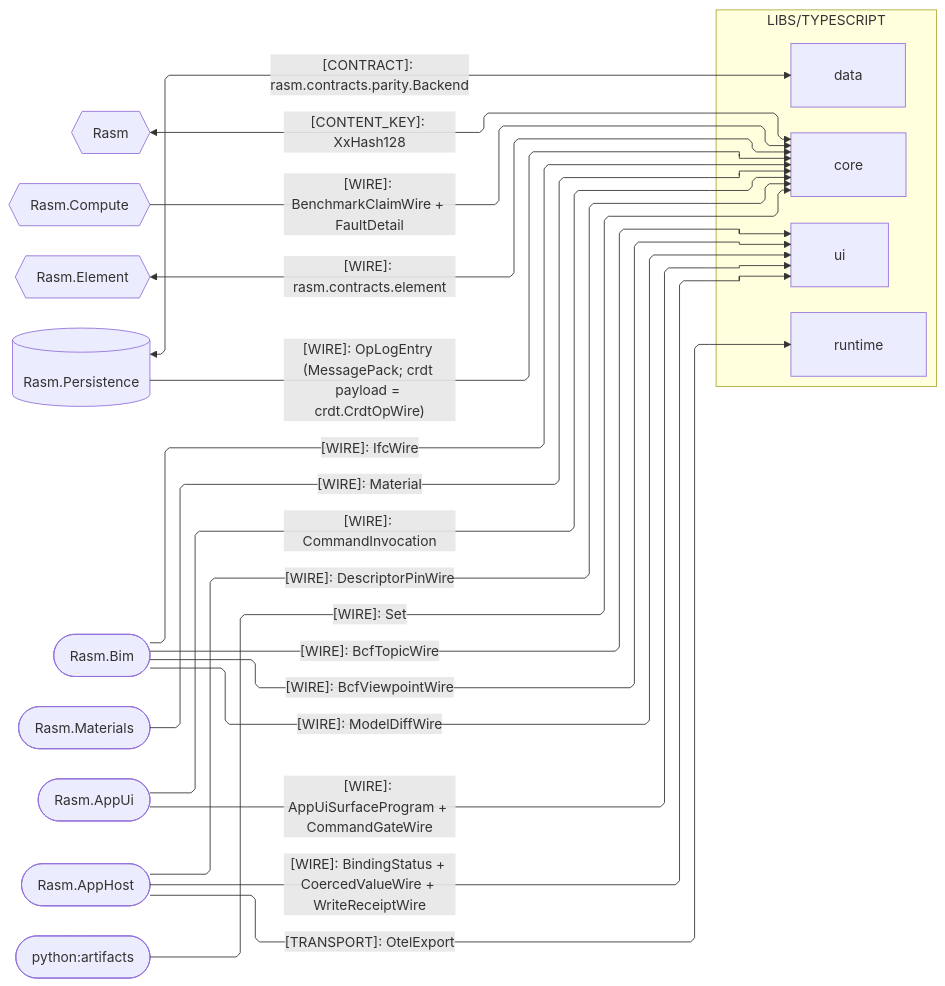
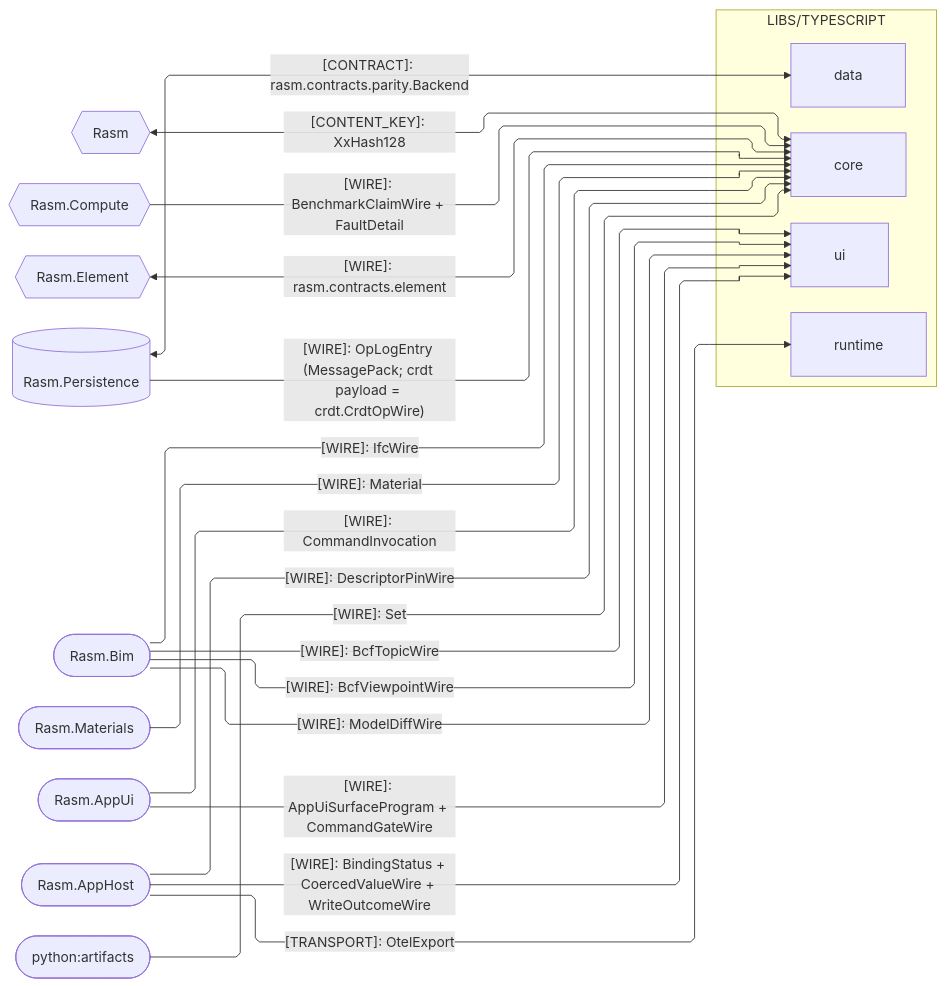
The second of 4 diagrams in libs/typescript/.planning/ARCHITECTURE.md (bsamiee/Rasm), drawn with Mermaid before and after one commit. The commit also changed other lines of this file and 1417 other files, not shown here.

````diff
--- a/libs/typescript/.planning/ARCHITECTURE.md
+++ b/libs/typescript/.planning/ARCHITECTURE.md
@@ -80,43 +80,43 @@
 ```mermaid
 ---
 config:
   layout: elk
   flowchart:
     curve: linear
     padding: 25
 ---
 flowchart LR
     accTitle: TypeScript external seam registry
     accDescr: TypeScript exchanges kinded wires and the backend contract with .NET packages and the neutral Python artifact producer.
     subgraph ts[LIBS/TYPESCRIPT]
         Core[core]
         Data[data]
         Runtime[runtime]
         Ui[ui]
     end
     Rasm{{Rasm}}
     Compute{{Rasm.Compute}}
     Element{{Rasm.Element}}
     Persistence[(Rasm.Persistence)]
     Bim([Rasm.Bim])
     Materials([Rasm.Materials])
     AppUi([Rasm.AppUi])
     AppHost([Rasm.AppHost])
     Artifacts([python:artifacts])
     Rasm e1@<-->|"[CONTENT_KEY]: XxHash128"| Core
     Compute e19@-->|"[WIRE]: BenchmarkClaimWire + FaultDetail"| Core
     Element e2@<-->|"[WIRE]: rasm.contracts.element"| Core
     Persistence e4@-->|"[WIRE]: OpLogEntry (MessagePack; crdt payload = crdt.CrdtOpWire)"| Core
     Persistence e14@<-->|"[CONTRACT]: rasm.contracts.parity.Backend"| Data
     Bim e6@-->|"[WIRE]: IfcWire"| Core
     Materials e7@-->|"[WIRE]: Material"| Core
     AppUi e8@-->|"[WIRE]: CommandInvocation"| Core
     Bim e12@-->|"[WIRE]: BcfTopicWire"| Ui
     Bim e18@-->|"[WIRE]: BcfViewpointWire"| Ui
     Bim e15@-->|"[WIRE]: ModelDiffWire"| Ui
     AppUi e11@-->|"[WIRE]: AppUiSurfaceProgram + CommandGateWire"| Ui
-    AppHost e10@-->|"[WIRE]: BindingStatus + CoercedValueWire + WriteReceiptWire"| Ui
+    AppHost e10@-->|"[WIRE]: BindingStatus + CoercedValueWire + WriteOutcomeWire"| Ui
     AppHost e9@-->|"[TRANSPORT]: OtelExport"| Runtime
     AppHost e16@-->|"[WIRE]: DescriptorPinWire"| Core
     Artifacts e17@-->|"[WIRE]: Set"| Core
 ```
````
